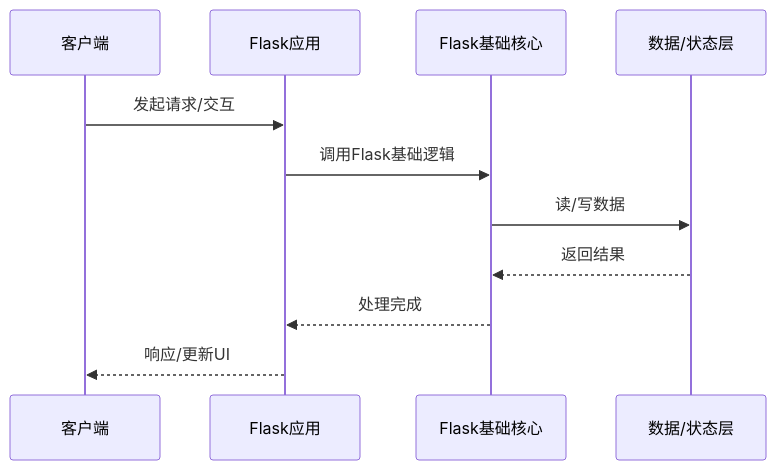
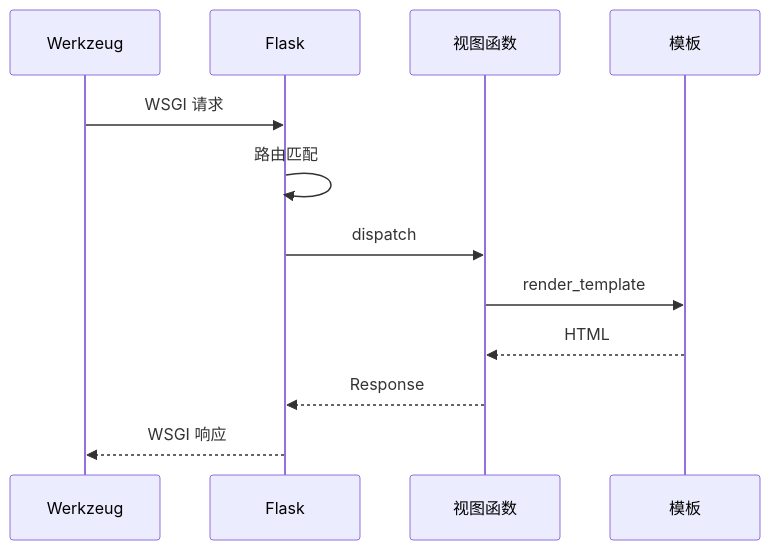
Before and after one commit to yanggan2015/knowledge-json-v2: the diagram in articles/Flask/chapters/002-Flask基础的实现机制详解.md, drawn with Mermaid. The commit also changed other lines of this file and 10127 other files, not shown here.

````diff
--- a/articles/Flask/chapters/002-Flask基础的实现机制详解.md
+++ b/articles/Flask/chapters/002-Flask基础的实现机制详解.md
@@ -45,14 +34,14 @@
 ```mermaid
 sequenceDiagram
-    participant Client as 客户端
-    participant App as Flask应用
-    participant Core as Flask基础核心
-    participant Store as 数据/状态层
-
-    Client->>App: 发起请求/交互
-    App->>Core: 调用Flask基础逻辑
-    Core->>Store: 读/写数据
-    Store-->>Core: 返回结果
-    Core-->>App: 处理完成
-    App-->>Client: 响应/更新UI
+    participant W as Werkzeug
+    participant F as Flask
+    participant V as 视图函数
+    participant T as 模板
+    W->>F: WSGI 请求
+    F->>F: 路由匹配
+    F->>V: dispatch
+    V->>T: render_template
+    T-->>V: HTML
+    V-->>F: Response
+    F-->>W: WSGI 响应
 ```
````
